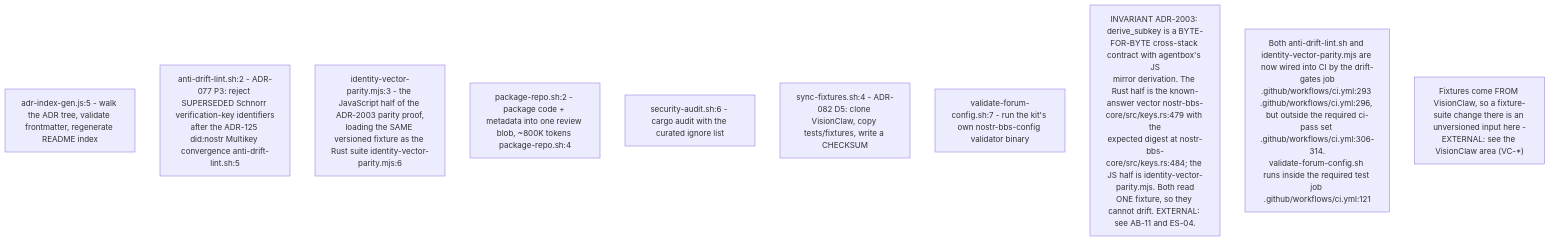
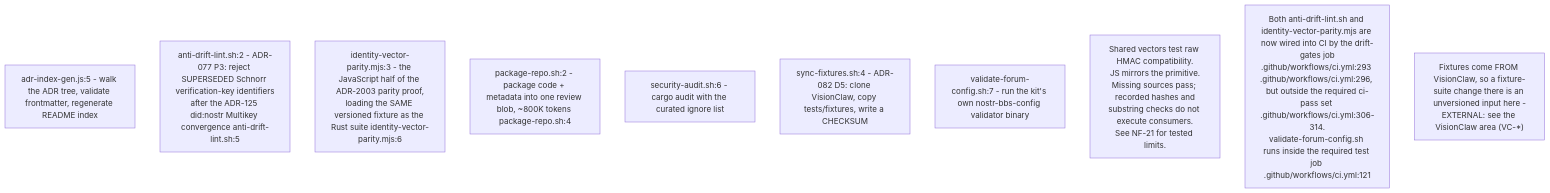
Before and after one commit to DreamLab-AI/VisionFlow: the third of 9 diagrams in docs/diagrams/nostr-rust-forum/09-ci-deploy-canary-and-validation.md, drawn with Mermaid. The commit also changed other lines of this file and 60 other files, not shown here.

Commit message:
docs(audit): assess subkey parity and identity lifecycle contracts

````diff
--- a/docs/diagrams/nostr-rust-forum/09-ci-deploy-canary-and-validation.md
+++ b/docs/diagrams/nostr-rust-forum/09-ci-deploy-canary-and-validation.md
@@ -98,14 +99,19 @@
 ```mermaid
 flowchart TB
     ADR["adr-index-gen.js:5 - walk the ADR tree, validate frontmatter, regenerate README index"]
     DRIFT["anti-drift-lint.sh:2 - ADR-077 P3: reject SUPERSEDED Schnorr verification-key identifiers<br/>after the ADR-125 did:nostr Multikey convergence anti-drift-lint.sh:5"]
     PARITY["identity-vector-parity.mjs:3 - the JavaScript half of the ADR-2003 parity proof,<br/>loading the SAME versioned fixture as the Rust suite identity-vector-parity.mjs:6"]
     PKG["package-repo.sh:2 - package code + metadata into one review blob, ~800K tokens package-repo.sh:4"]
     SEC["security-audit.sh:6 - cargo audit with the curated ignore list"]
     SYNC["sync-fixtures.sh:4 - ADR-082 D5: clone VisionClaw, copy tests/fixtures, write a CHECKSUM"]
     VAL["validate-forum-config.sh:7 - run the kit's own nostr-bbs-config validator binary"]
 
-    N1["INVARIANT ADR-2003: derive_subkey is a BYTE-FOR-BYTE cross-stack contract with agentbox's JS<br/>mirror derivation. The Rust half is the known-answer vector nostr-bbs-core/src/keys.rs:479 with the<br/>expected digest at nostr-bbs-core/src/keys.rs:484; the JS half is identity-vector-parity.mjs. Both read<br/>ONE fixture, so they cannot drift. EXTERNAL: see AB-11 and ES-04."]
+    %% Source: ../nostr-rust-forum/crates/nostr-bbs-core/tests/identity_subkey_vectors.rs:153
+    %% Source: ../nostr-rust-forum/scripts/identity-vector-parity.mjs:105
+    %% Source: ../nostr-rust-forum/scripts/identity-vector-parity.mjs:199
+    %% Source: ../nostr-rust-forum/scripts/identity-vector-parity.mjs:203
+    %% Source: ../nostr-rust-forum/scripts/identity-vector-parity.mjs:204
+    N1["Shared vectors test raw HMAC compatibility.<br/>JS mirrors the primitive.<br/>Missing sources pass; recorded hashes and<br/>substring checks do not execute consumers.<br/>See NF-21 for tested limits."]
     N2["Both anti-drift-lint.sh and identity-vector-parity.mjs are now wired into CI by the drift-gates job<br/>.github/workflows/ci.yml:293 .github/workflows/ci.yml:296, but outside the required ci-pass set .github/workflows/ci.yml:306-314.<br/>validate-forum-config.sh runs inside the required test job .github/workflows/ci.yml:121"]
     N3["Fixtures come FROM VisionClaw, so a fixture-suite change there is an unversioned input here -<br/>EXTERNAL: see the VisionClaw area (VC-*)"]
 ```
````
